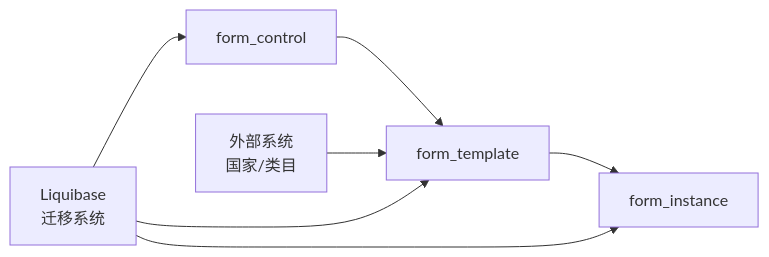
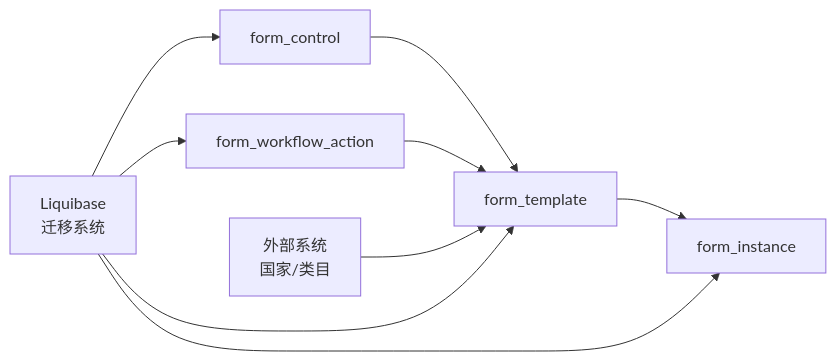
One commit to NJMrLi/genetics changed the third of 3 diagrams in .qoder/repowiki/zh/content/数据库设计/数据库设计.md. Above: the diagram before and after it, drawn with Mermaid. The commit also changed other lines of this file and 21 other files, not shown here.

````diff
--- a/.qoder/repowiki/zh/content/数据库设计/数据库设计.md
+++ b/.qoder/repowiki/zh/content/数据库设计/数据库设计.md
@@ -411,9 +540,11 @@
 ```mermaid
 graph LR
 FC["form_control"] --> FT["form_template"]
 FT --> FI["form_instance"]
+FWA["form_workflow_action"] --> FT
 EX["外部系统<br/>国家/类目"] --> FT
 LQ["Liquibase<br/>迁移系统"] --> FC
 LQ --> FT
 LQ --> FI
+LQ --> FWA
 ```
````
